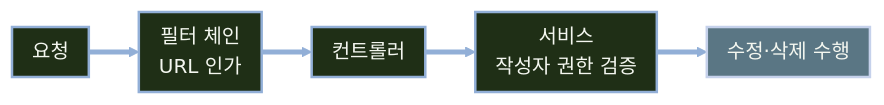
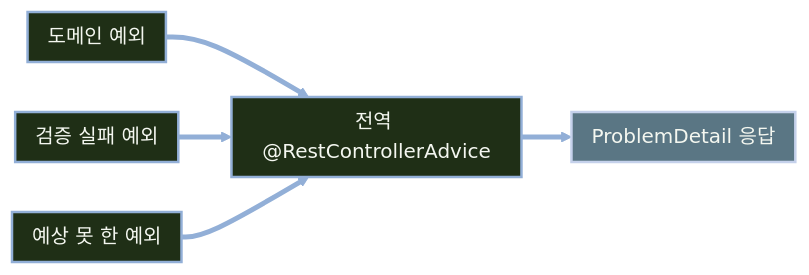
Before and after one commit to qus0in/slide-maker: the third of 3 diagrams in slides.md, drawn with Mermaid. The commit also changed other lines of this file, not shown here.

Commit message:
feat(slides) : REST API 예외 처리 및 명세 슬라이드 업데이트

````diff
--- a/slides.md
+++ b/slides.md
@@ -612,24 +400,24 @@
 ```mermaid
 ---
 config:
   themeVariables:
     lineColor: "#92AFD7"
     arrowheadColor: "#92AFD7"
     edgeLabelBackground: "#1F2F16"
   flowchart:
     padding: 8
     nodeSpacing: 40
     rankSpacing: 40
 ---
 flowchart LR
-  A["요청"] --> B["필터 체인<br/>URL 인가"]
-  B --> C["컨트롤러"]
-  C --> D["서비스<br/>작성자 권한 검증"]
-  D --> E["수정·삭제 수행"]
+  A["도메인 예외"] --> D["전역 @RestControllerAdvice"]
+  B["검증 실패 예외"] --> D
+  C["예상 못 한 예외"] --> D
+  D --> E["ProblemDetail 응답"]
 
   class A,B,C,D step
   class E result
   classDef step fill:#1F2F16,stroke:#92AFD7,color:#F4F7F0,stroke-width:2px
   classDef result fill:#5A7684,stroke:#C5D1EB,color:#F4F7F0,stroke-width:2px
   linkStyle default stroke:#92AFD7,stroke-width:4px
 ```
````
